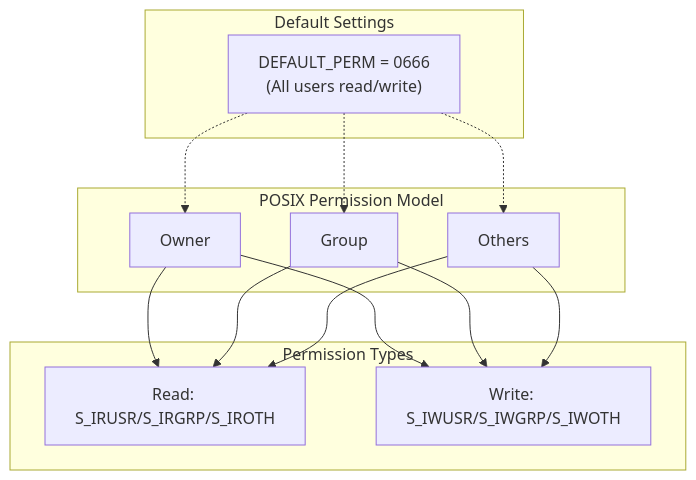
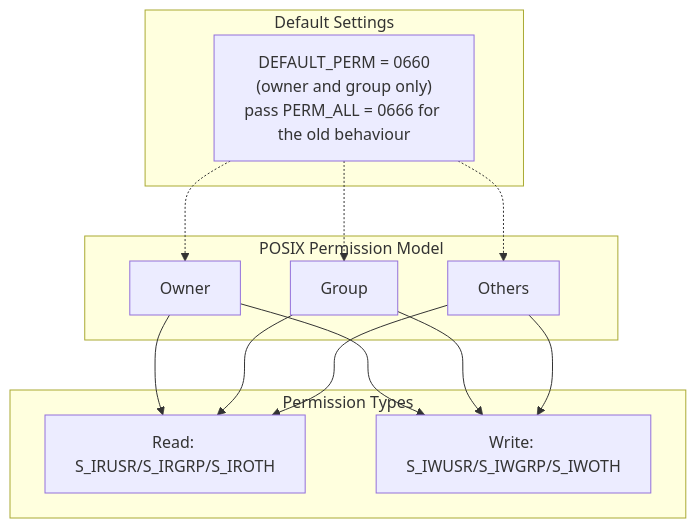
One commit to REACT-ROBOT/shared-memory-based-handy-communication-manager changed the ninth of 13 diagrams in manual/spec_en.md. Above: the diagram before and after it, drawn with Mermaid. The commit also changed other lines of this file and 4 other files, not shown here.

```diff
--- a/manual/spec_en.md
+++ b/manual/spec_en.md
@@ -533,28 +573,28 @@
 <div class="mermaid">
 graph TB
     subgraph "POSIX Permission Model"
         Owner[Owner]
         Group[Group]
         Others[Others]
     end
     
     subgraph "Permission Types"
         Read[Read: S_IRUSR/S_IRGRP/S_IROTH]
         Write[Write: S_IWUSR/S_IWGRP/S_IWOTH]
     end
     
     subgraph "Default Settings"
-        Default["DEFAULT_PERM = 0666<br/>(All users read/write)"]
+        Default["DEFAULT_PERM = 0660<br/>(owner and group only)<br/>pass PERM_ALL = 0666 for the old behaviour"]
     end
     
     Owner --> Read
     Owner --> Write
     Group --> Read
     Group --> Write
     Others --> Read
     Others --> Write
     
     Default -.-> Owner
     Default -.-> Group
     Default -.-> Others
 </div>
```
